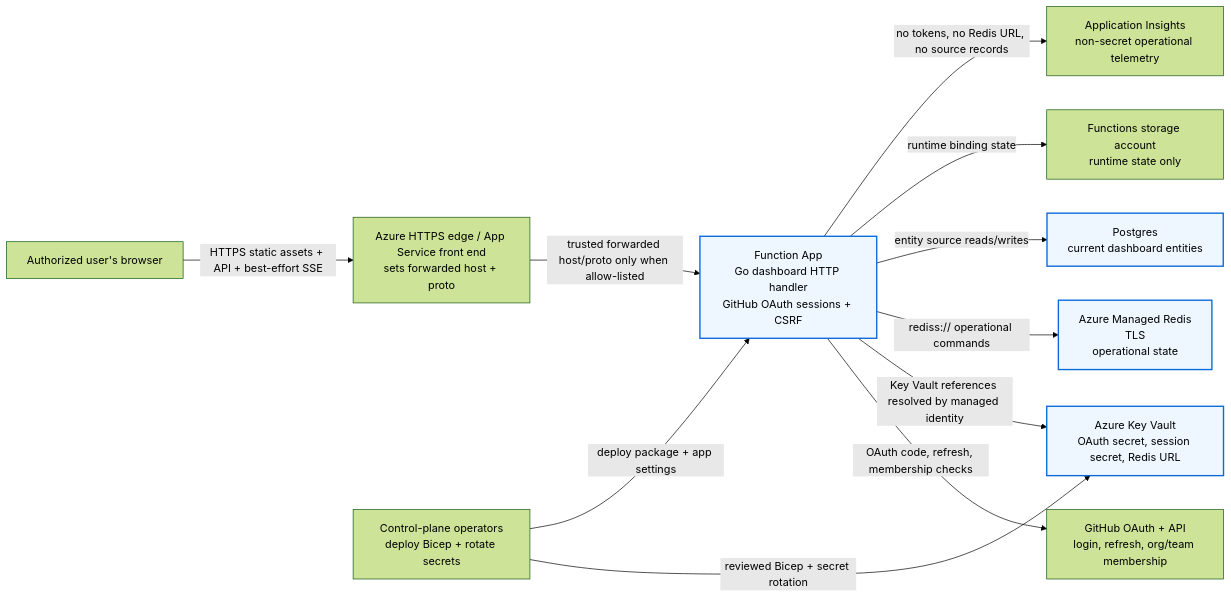
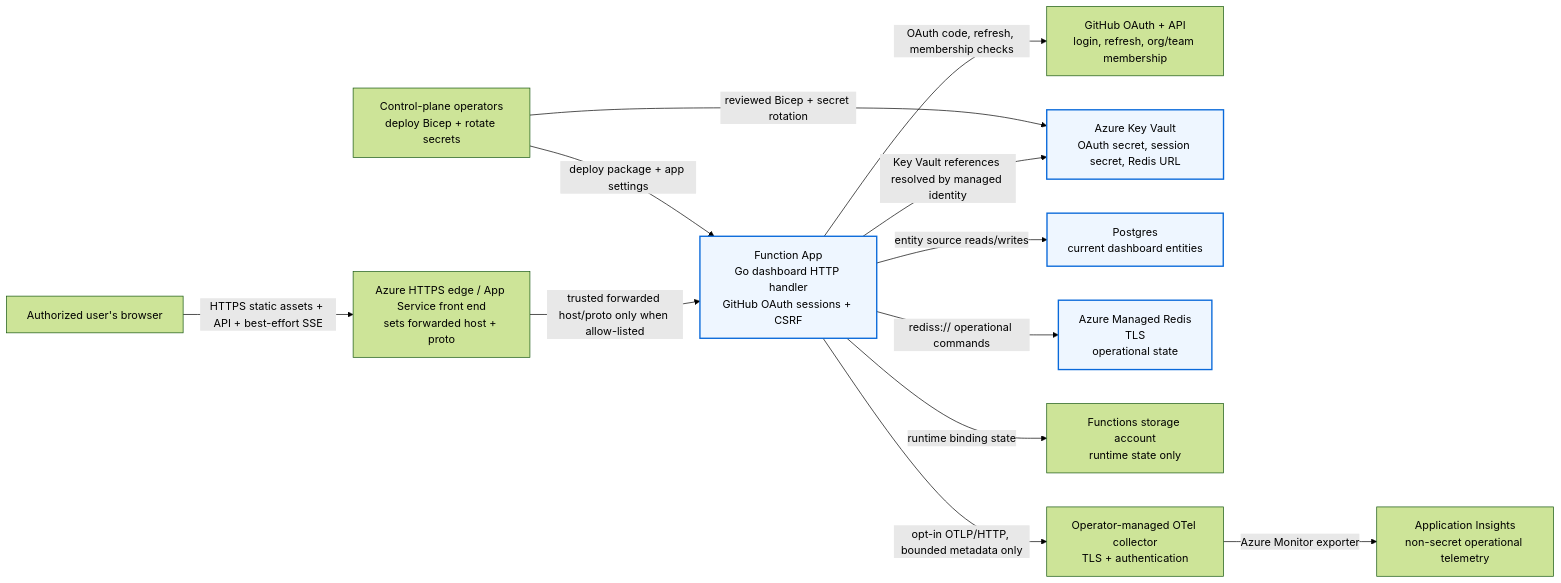
One commit to githubnext/gh-aw-cao changed the second of 2 diagrams in server/README.md. Above: the diagram before and after it, drawn with Mermaid (forest theme). The commit also changed other lines of this file and 9 other files, not shown here.

First line of the commit message:
fix(azure): wire explicit Go OTLP monitoring route (#19324)

````diff
--- a/server/README.md
+++ b/server/README.md
@@ -2421,27 +2421,29 @@
 ```mermaid
 flowchart LR
   Browser["Authorized user's browser"]
   Edge["Azure HTTPS edge / App Service front end<br/>sets forwarded host + proto"]
   Function["Function App<br/>Go dashboard HTTP handler<br/>GitHub OAuth sessions + CSRF"]
   GitHubOAuth["GitHub OAuth + API<br/>login, refresh, org/team membership"]
   KeyVault["Azure Key Vault<br/>OAuth secret, session secret, Redis URL"]
   Postgres["Postgres<br/>current dashboard entities"]
   Redis["Azure Managed Redis<br/>TLS<br/>operational state"]
   Storage["Functions storage account<br/>runtime state only"]
   Insights["Application Insights<br/>non-secret operational telemetry"]
+  OTel["Operator-managed OTel collector<br/>TLS + authentication"]
   Operators["Control-plane operators<br/>deploy Bicep + rotate secrets"]
 
   Browser -->|"HTTPS static assets + API + best-effort SSE"| Edge
   Edge -->|"trusted forwarded host/proto only when allow-listed"| Function
   Function -->|"OAuth code, refresh, membership checks"| GitHubOAuth
   Function -->|"Key Vault references resolved by managed identity"| KeyVault
   Function -->|"rediss:// operational commands"| Redis
   Function -->|"entity source reads/writes"| Postgres
   Function -->|"runtime binding state"| Storage
-  Function -->|"no tokens, no Redis URL, no source records"| Insights
+  Function -->|"opt-in OTLP/HTTP, bounded metadata only"| OTel
+  OTel -->|"Azure Monitor exporter"| Insights
   Operators -->|"reviewed Bicep + secret rotation"| KeyVault
   Operators -->|"deploy package + app settings"| Function
 
   classDef boundary fill:#eef6ff,stroke:#0969da,stroke-width:2px;
   class Function,KeyVault,Postgres,Redis boundary;
 ```
````
